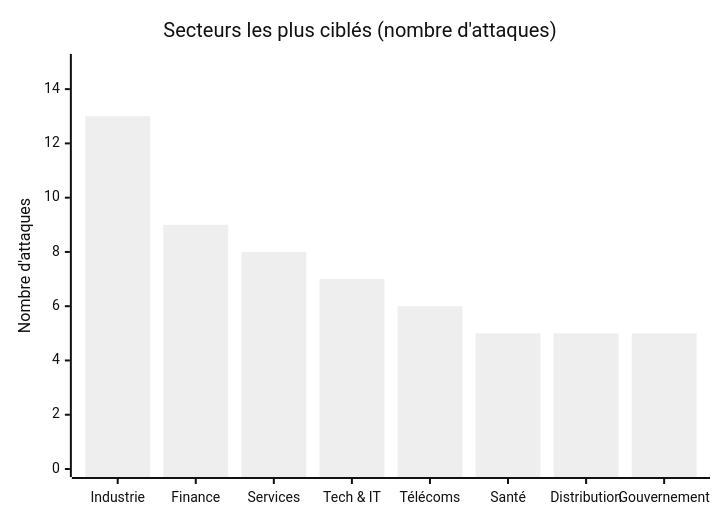
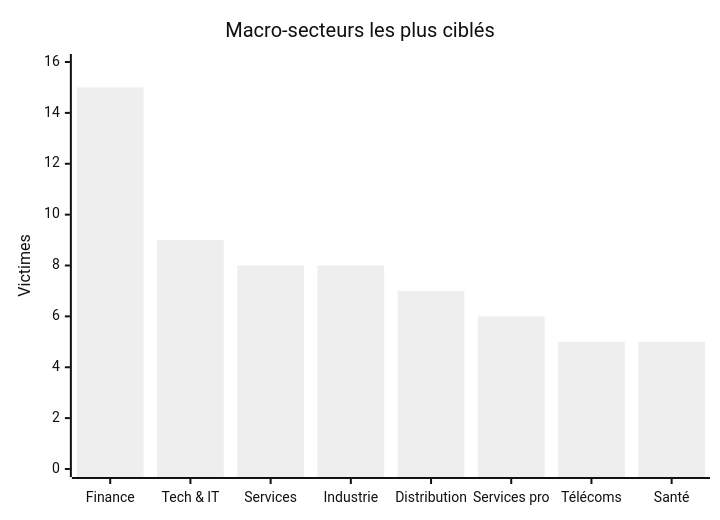
The second of 5 diagrams in CyberAttackAfrica/2024/README_FR.md (Hatchepsoute/AFRINTEL), drawn with Mermaid (neutral theme) before and after one commit. The commit also changed other lines of this file and 3 other files, not shown here.

````diff
--- a/CyberAttackAfrica/2024/README_FR.md
+++ b/CyberAttackAfrica/2024/README_FR.md
@@ -107,7 +138,7 @@
 ```mermaid
 xychart-beta
-    title "Secteurs les plus ciblés (nombre d'attaques)"
-    x-axis ["Industrie", "Finance", "Services", "Tech & IT", "Télécoms", "Santé", "Distribution", "Gouvernement"]
-    y-axis "Nombre d'attaques" 0 --> 15
-    bar [13, 9, 8, 7, 6, 5, 5, 5]
+    title "Macro-secteurs les plus ciblés"
+    x-axis ["Finance", "Tech & IT", "Services", "Industrie", "Distribution", "Services pro", "Télécoms", "Santé"]
+    y-axis "Victimes" 0 --> 16
+    bar [15, 9, 8, 8, 7, 6, 5, 5]
 ```
````
